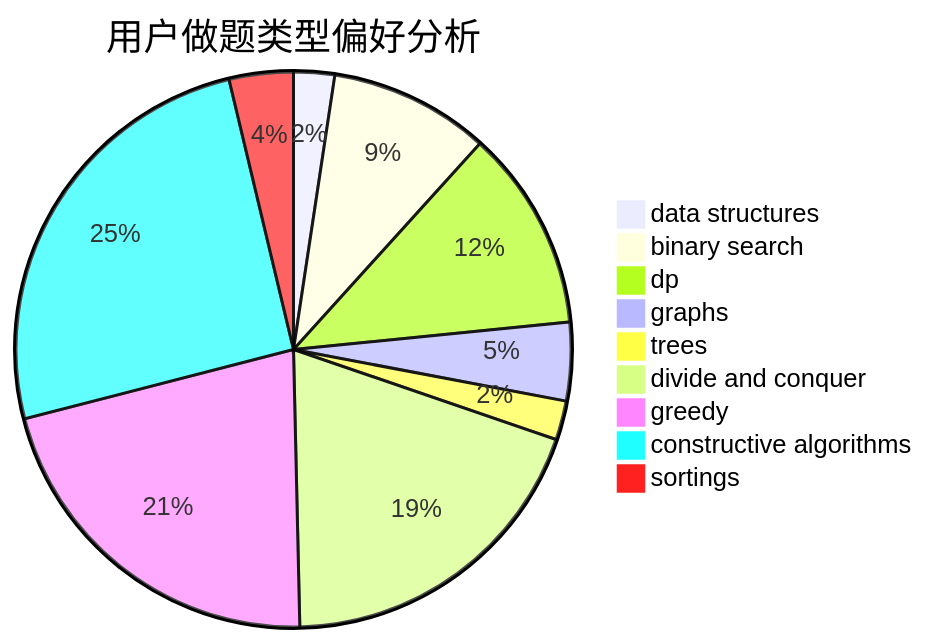
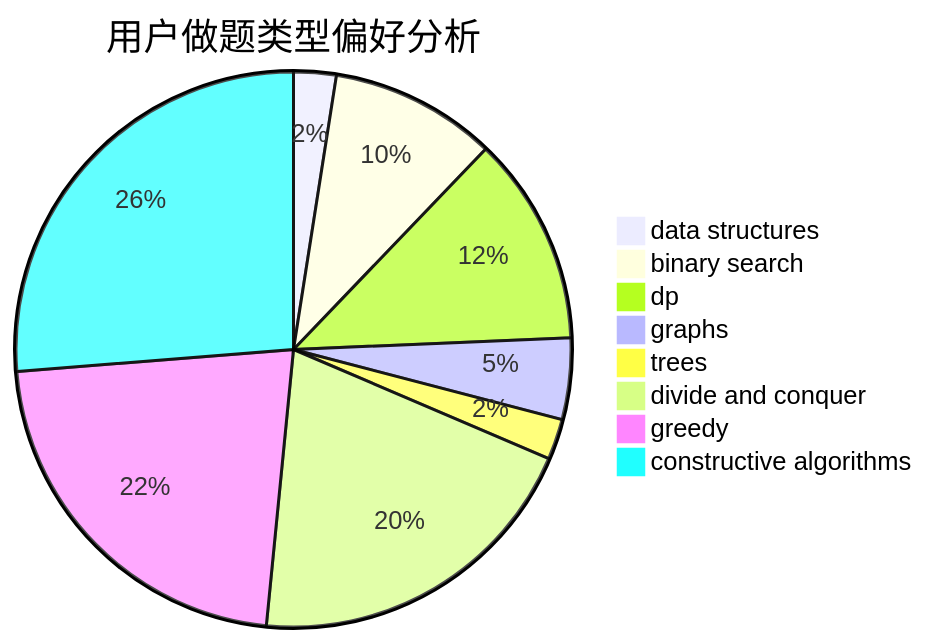
Before and after one commit to sherpahu/cfrs.github.io: the second of 3 diagrams in docs/user/u1042.md, drawn with Mermaid. The commit also changed other lines of this file and 2769 other files, not shown here.

````diff
--- a/docs/user/u1042.md
+++ b/docs/user/u1042.md
@@ -18,12 +18,11 @@
 ```mermaid
 pie title 用户做题类型偏好分析
     "data structures" :  23
     "binary search" :  90
     "dp" :  113
     "graphs" :  44
     "trees" :  22
     "divide and conquer" :  187
     "greedy" :  206
     "constructive algorithms" :  244
-    "sortings" :  36
 ```
````
